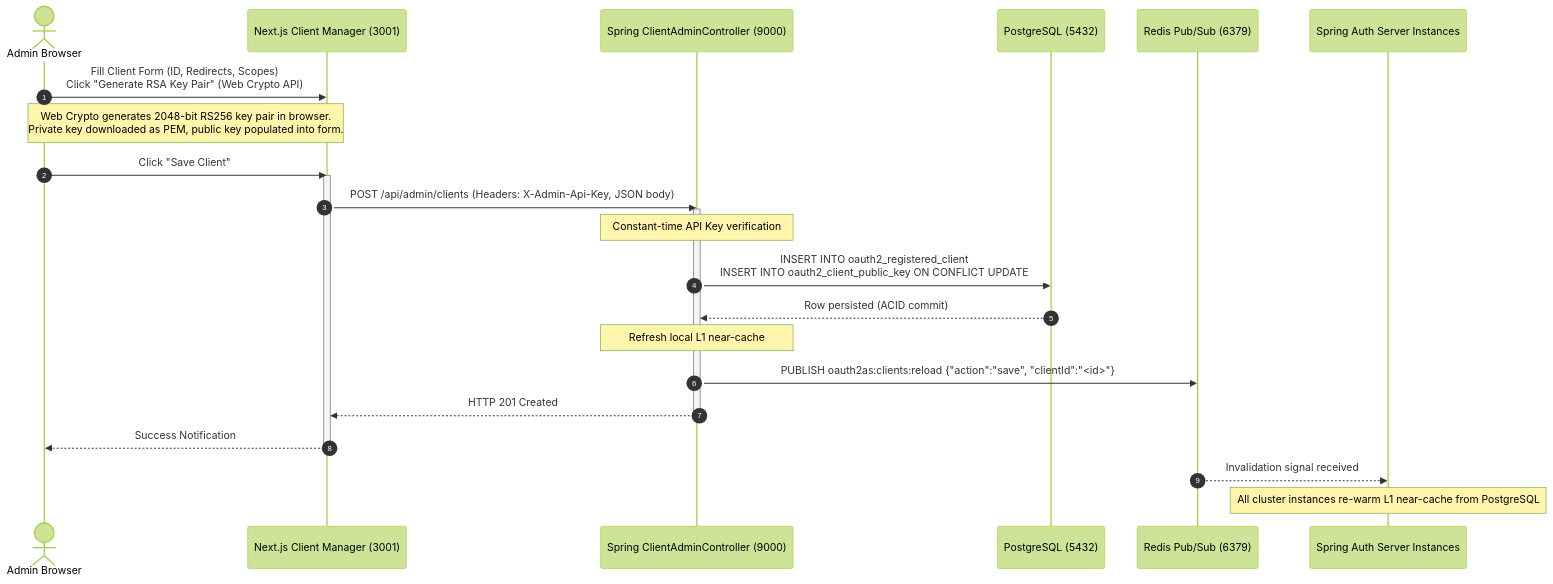
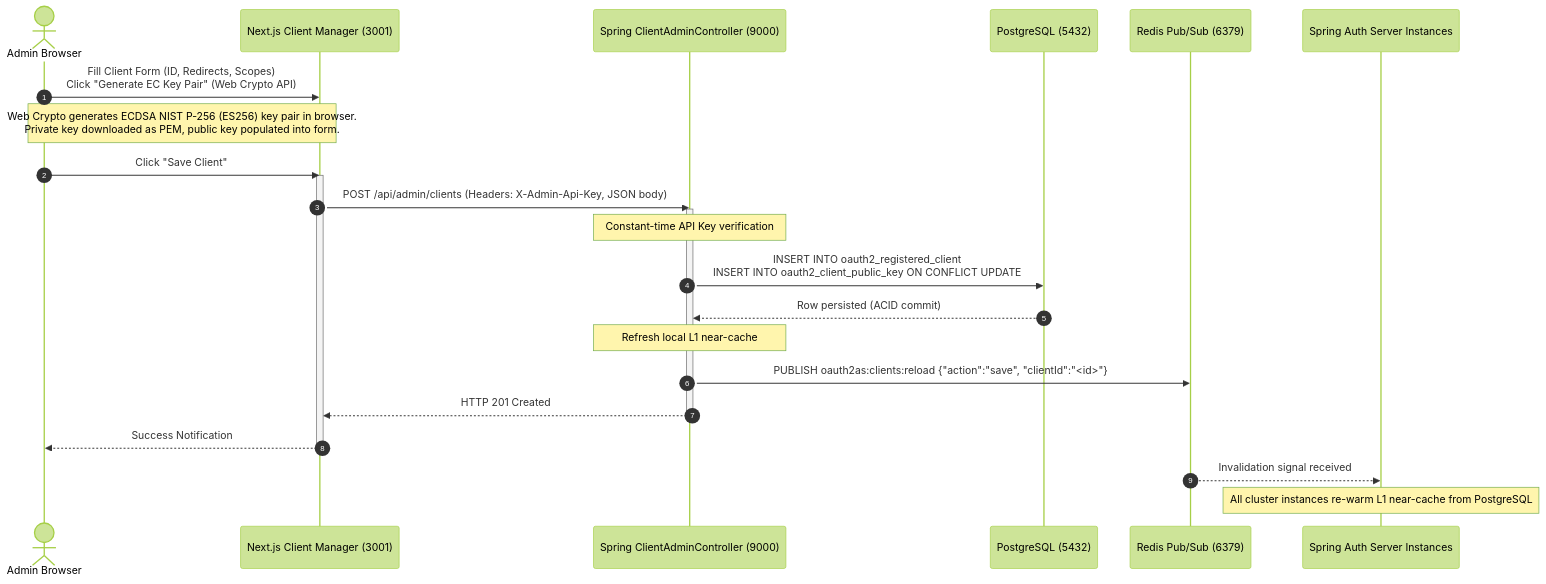
The third of 4 diagrams in docs/architecture/client_config_and_caching_flow.md (shoeyn/oauth-server), drawn with Mermaid (forest theme) before and after one commit. The commit also changed other lines of this file and 48 other files, not shown here.

````diff
--- a/docs/architecture/client_config_and_caching_flow.md
+++ b/docs/architecture/client_config_and_caching_flow.md
@@ -79,32 +79,32 @@
 ```mermaid
 sequenceDiagram
     autonumber
     actor Admin as Admin Browser
     participant Manager as Next.js Client Manager (3001)
     participant SpringAdmin as Spring ClientAdminController (9000)
     participant PG as PostgreSQL (5432)
     participant Redis as Redis Pub/Sub (6379)
     participant Cluster as Spring Auth Server Instances
 
-    Admin->>Manager: Fill Client Form (ID, Redirects, Scopes)<br/>Click "Generate RSA Key Pair" (Web Crypto API)
-    Note over Admin, Manager: Web Crypto generates 2048-bit RS256 key pair in browser.<br/>Private key downloaded as PEM, public key populated into form.
+    Admin->>Manager: Fill Client Form (ID, Redirects, Scopes)<br/>Click "Generate EC Key Pair" (Web Crypto API)
+    Note over Admin, Manager: Web Crypto generates ECDSA NIST P-256 (ES256) key pair in browser.<br/>Private key downloaded as PEM, public key populated into form.
     Admin->>Manager: Click "Save Client"
     activate Manager
 
     Manager->>SpringAdmin: POST /api/admin/clients (Headers: X-Admin-Api-Key, JSON body)
     activate SpringAdmin
     Note over SpringAdmin: Constant-time API Key verification
     SpringAdmin->>PG: INSERT INTO oauth2_registered_client<br/>INSERT INTO oauth2_client_public_key ON CONFLICT UPDATE
     PG-->>SpringAdmin: Row persisted (ACID commit)
     Note over SpringAdmin: Refresh local L1 near-cache
 
     SpringAdmin->>Redis: PUBLISH oauth2as:clients:reload {"action":"save", "clientId":"<id>"}
     SpringAdmin-->>Manager: HTTP 201 Created
     deactivate SpringAdmin
 
     Manager-->>Admin: Success Notification
     deactivate Manager
 
     Redis-->>Cluster: Invalidation signal received
     Note over Cluster: All cluster instances re-warm L1 near-cache from PostgreSQL
 ```
````
